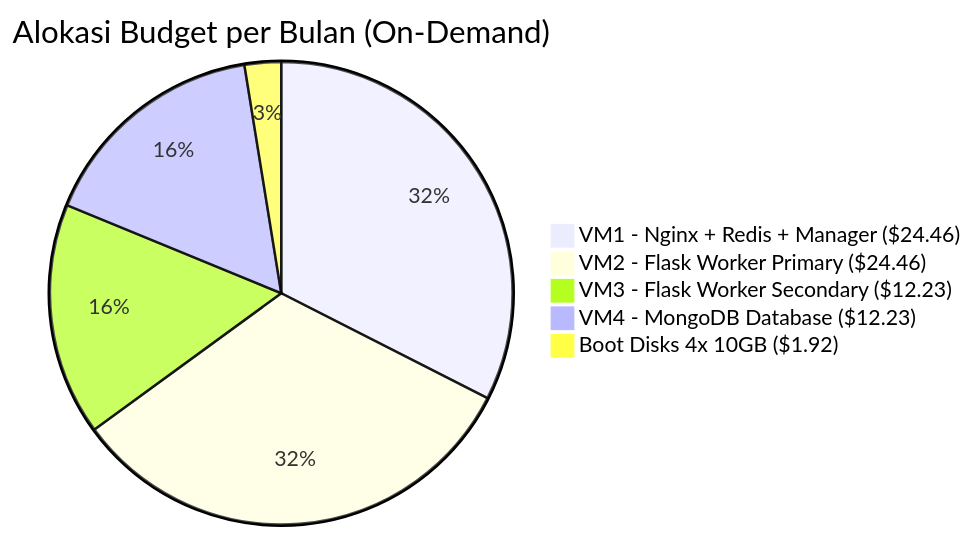
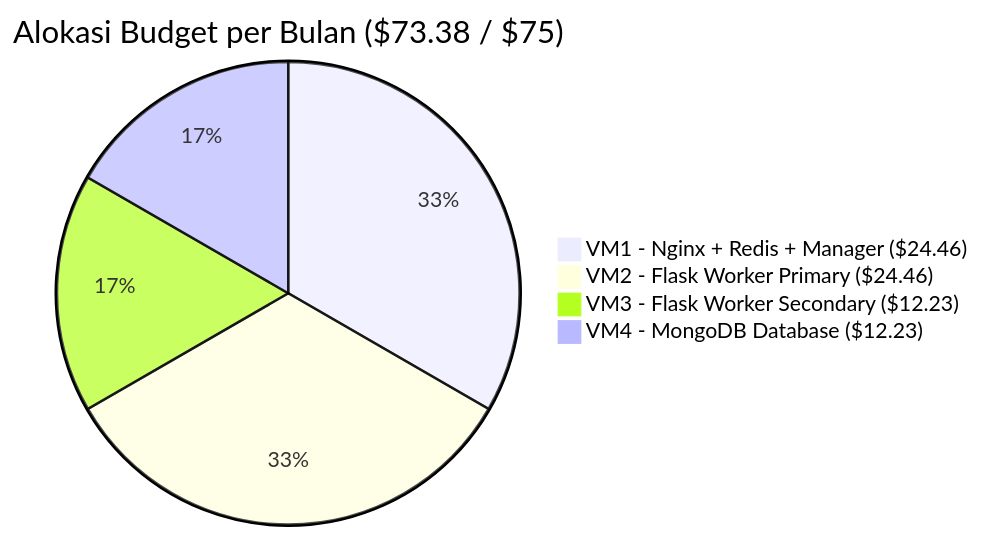
The second of 5 diagrams in README.md (baboey/fp-tka-1), drawn with Mermaid before and after one commit. The commit also changed other lines of this file, not shown here.

````diff
--- a/README.md
+++ b/README.md
@@ -197,8 +189,7 @@
 ```mermaid
-pie title Alokasi Budget per Bulan (On-Demand)
+pie title Alokasi Budget per Bulan ($73.38 / $75)
     "VM1 - Nginx + Redis + Manager ($24.46)" : 24.46
     "VM2 - Flask Worker Primary ($24.46)" : 24.46
     "VM3 - Flask Worker Secondary ($12.23)" : 12.23
     "VM4 - MongoDB Database ($12.23)" : 12.23
-    "Boot Disks 4x 10GB ($1.92)" : 1.92
 ```
````
